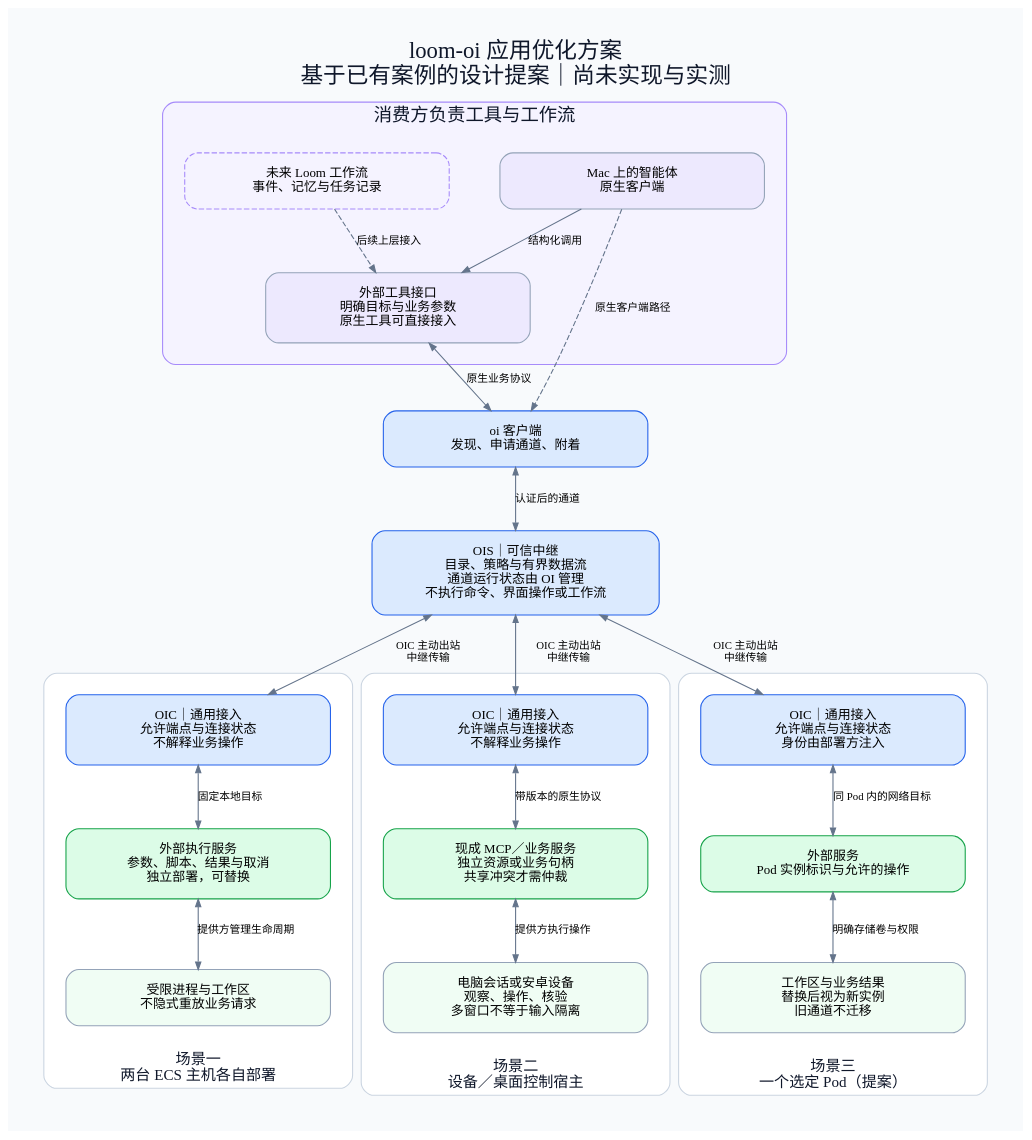
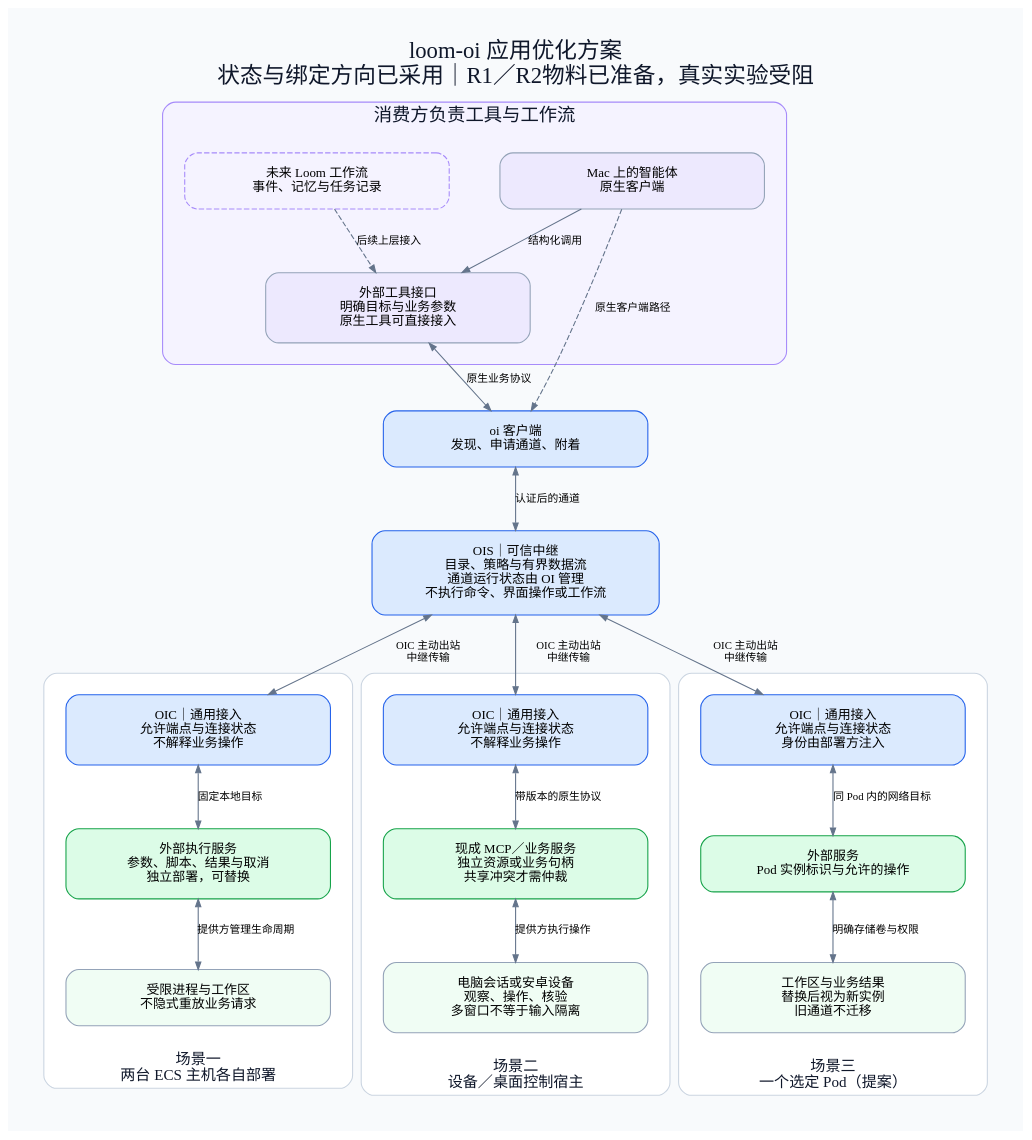
Before and after one commit to wyw-ai/loom-oi: the diagram in docs/architecture/diagrams/v0.7/07-application-paths.dot, drawn with Graphviz. The commit also changed 76 other files, not shown here.

```diff
--- a/docs/architecture/diagrams/v0.7/07-application-paths.dot
+++ b/docs/architecture/diagrams/v0.7/07-application-paths.dot
@@ -1,49 +1,49 @@
 digraph applications {
- graph [rankdir=TB, newrank=true, bgcolor="#F8FAFC", pad=0.35, nodesep=0.65, ranksep=0.65, compound=true, fontname="Noto Sans SC", label="loom-oi 应用优化方案\n基于已有案例的设计提案｜尚未实现与实测", labelloc=t, fontsize=21, fontcolor="#0F172A"];
+ graph [rankdir=TB, newrank=true, bgcolor="#F8FAFC", pad=0.35, nodesep=0.65, ranksep=0.65, compound=true, fontname="Noto Sans SC", label="loom-oi 应用优化方案\n状态与绑定方向已采用｜R1／R2物料已准备，真实实验受阻", labelloc=t, fontsize=21, fontcolor="#0F172A"];
  node [shape=box, style="rounded,filled", fontname="Noto Sans SC", fontsize=12, color="#94A3B8", fillcolor="white", margin="0.3,0.18", width=3.4];
  edge [fontname="Noto Sans SC", fontsize=10, color="#64748B", arrowsize=0.7];
  subgraph cluster_consumer {
   label="消费方负责工具与工作流"; margin=20; fontsize=17; style="rounded"; color="#A78BFA"; bgcolor="#F5F3FF";
   agent [label="Mac 上的智能体\n原生客户端", fillcolor="#EDE9FE"];
   harness [label="未来 Loom 工作流\n事件、记忆与任务记录", style="rounded,dashed", color="#A78BFA"];
   tool [label="外部工具接口\n明确目标与业务参数\n原生工具可直接接入", fillcolor="#EDE9FE"];
   {rank=same;agent;harness;}
   agent -> tool [label="结构化调用"];
   harness -> tool [style=dashed, label="后续上层接入"];
  }
  cli [label="oi 客户端\n发现、申请通道、附着", fillcolor="#DBEAFE", color="#2563EB"];
  ois [label="OIS｜可信中继\n目录、策略与有界数据流\n通道运行状态由 OI 管理\n不执行命令、界面操作或工作流", width=3.7, fillcolor="#DBEAFE", color="#2563EB"];
  tool -> cli [dir=both,label="原生业务协议"];
  agent -> cli [style=dashed,label="原生客户端路径"];
  cli -> ois [dir=both,label="认证后的通道"];
  subgraph cluster_ecs {
   label="场景一\n两台 ECS 主机各自部署"; color="#CBD5E1"; style="rounded"; bgcolor="#FFFFFF"; labelloc=b; fontsize=14; margin=20;
   oa [label="OIC｜通用接入\n允许端点与连接状态\n不解释业务操作", fillcolor="#DBEAFE", color="#2563EB"];
   ex [label="外部执行服务\n参数、脚本、结果与取消\n独立部署，可替换", fillcolor="#DCFCE7", color="#16A34A"];
   ws [label="受限进程与工作区\n不隐式重放业务请求", fillcolor="#F0FDF4"];
   oa -> ex [dir=both,label="固定本地目标"];
   ex -> ws [dir=both,label="提供方管理生命周期"];
  }
  subgraph cluster_device {
   label="场景二\n设备／桌面控制宿主"; color="#CBD5E1"; style="rounded"; bgcolor="#FFFFFF"; labelloc=b; fontsize=14; margin=20;
   ob [label="OIC｜通用接入\n允许端点与连接状态\n不解释业务操作", fillcolor="#DBEAFE", color="#2563EB"];
   ui [label="现成 MCP／业务服务\n独立资源或业务句柄\n共享冲突才需仲裁", fillcolor="#DCFCE7", color="#16A34A"];
   device [label="电脑会话或安卓设备\n观察、操作、核验\n多窗口不等于输入隔离", fillcolor="#F0FDF4"];
   ob -> ui [dir=both,label="带版本的原生协议"];
   ui -> device [dir=both,label="提供方执行操作"];
  }
  subgraph cluster_pod {
   label="场景三\n一个选定 Pod（提案）"; color="#CBD5E1"; style="rounded"; bgcolor="#FFFFFF"; labelloc=b; fontsize=14; margin=20;
   oc [label="OIC｜通用接入\n允许端点与连接状态\n身份由部署方注入", fillcolor="#DBEAFE", color="#2563EB"];
   app [label="外部服务\nPod 实例标识与允许的操作", fillcolor="#DCFCE7", color="#16A34A"];
   work [label="工作区与业务结果\n替换后视为新实例\n旧通道不迁移", fillcolor="#F0FDF4"];
   oc -> app [dir=both,label="同 Pod 内的网络目标"];
   app -> work [dir=both,label="明确存储卷与权限"];
  }
  {rank=same;oa;ob;oc;}
  {rank=same;ex;ui;app;}
  {rank=same;ws;device;work;}
  ois -> oa [dir=both,label="　　OIC 主动出站　　\n　　中继传输　　"];
  ois -> ob [dir=both,label="　　OIC 主动出站　　\n　　中继传输　　"];
  ois -> oc [dir=both,label="　　OIC 主动出站　　\n　　中继传输　　"];
 }
```
